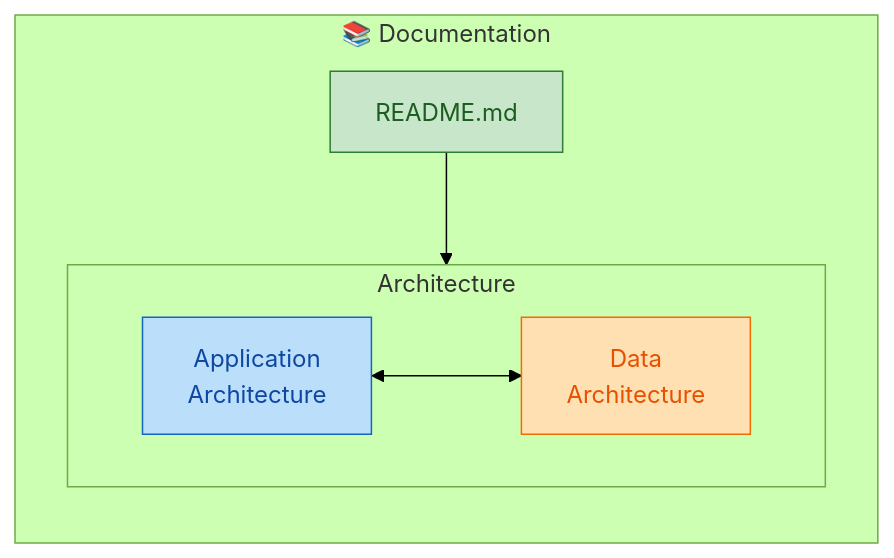
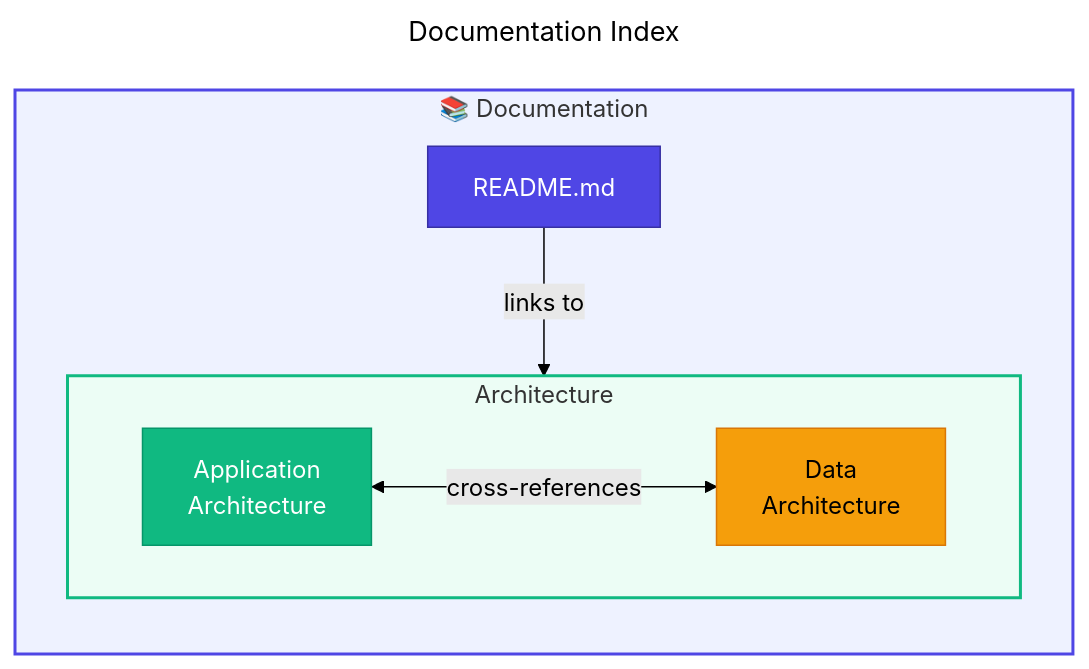
Before and after one commit to Evilazaro/Azure-LogicApps-Monitoring: the second of 2 diagrams in docs/README.md, drawn with Mermaid (forest theme). The commit also changed other lines of this file and 2 other files, not shown here.

Commit message:
docs: enhance architecture diagrams with detailed connections and styling for clarity

````diff
--- a/docs/README.md
+++ b/docs/README.md
@@ -172,17 +175,31 @@
 ```mermaid
+---
+title: Documentation Index
+---
 flowchart LR
+    %% ===== DOCUMENTATION STRUCTURE =====
     subgraph docs["📚 Documentation"]
         readme["README.md"]
         subgraph arch["Architecture"]
             app["Application<br/>Architecture"]
             data["Data<br/>Architecture"]
         end
     end
 
-    readme --> arch
-    app <--> data
+    %% ===== CONNECTIONS =====
+    readme -->|"links to"| arch
+    app <-->|"cross-references"| data
 
-    style readme fill:#C8E6C9,stroke:#2E7D32,color:#1B5E20
-    style app fill:#BBDEFB,stroke:#1565C0,color:#0D47A1
-    style data fill:#FFE0B2,stroke:#EF6C00,color:#E65100
+    %% ===== STYLING: NODE CLASSES =====
+    classDef primary fill:#4F46E5,stroke:#3730A3,color:#FFFFFF
+    classDef secondary fill:#10B981,stroke:#059669,color:#FFFFFF
+    classDef datastore fill:#F59E0B,stroke:#D97706,color:#000000
+
+    class readme primary
+    class app secondary
+    class data datastore
+
+    %% ===== STYLING: SUBGRAPH BACKGROUNDS =====
+    style docs fill:#EEF2FF,stroke:#4F46E5,stroke-width:2px
+    style arch fill:#ECFDF5,stroke:#10B981,stroke-width:2px
 ```
````
